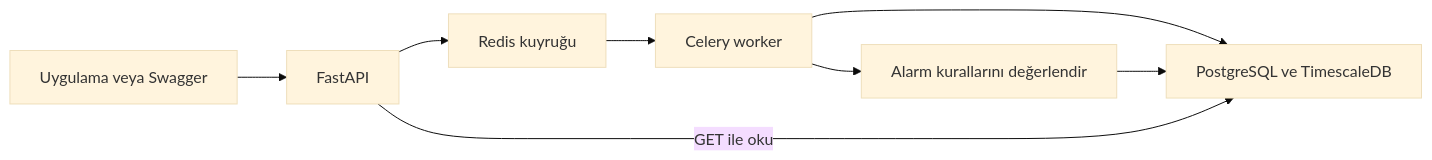
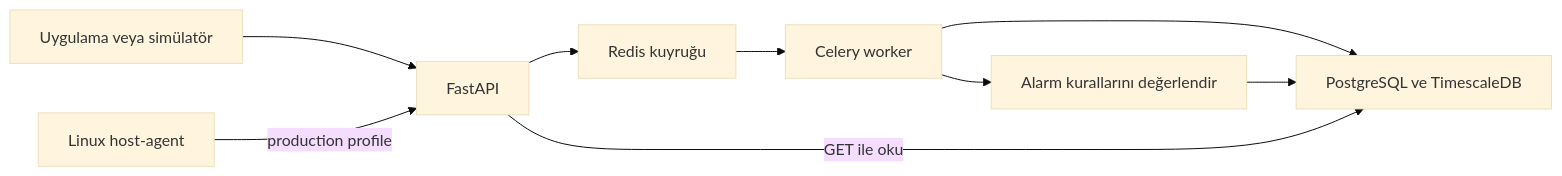
The diagram in README.md (omertan0/observability-platform), drawn with Mermaid (base theme) before and after one commit. The commit also changed other lines of this file and 33 other files, not shown here.

````diff
--- a/README.md
+++ b/README.md
@@ -7,10 +7,11 @@
 ```mermaid
 flowchart LR
-    U[Uygulama veya Swagger] --> A[FastAPI]
+    U[Uygulama veya simülatör] --> A[FastAPI]
+    H[Linux host-agent] -->|production profile| A
     A --> Q[Redis kuyruğu]
     Q --> W[Celery worker]
     W --> D[PostgreSQL ve TimescaleDB]
     W --> R[Alarm kurallarını değerlendir]
     R --> D
     A -->|GET ile oku| D
 ```
````
